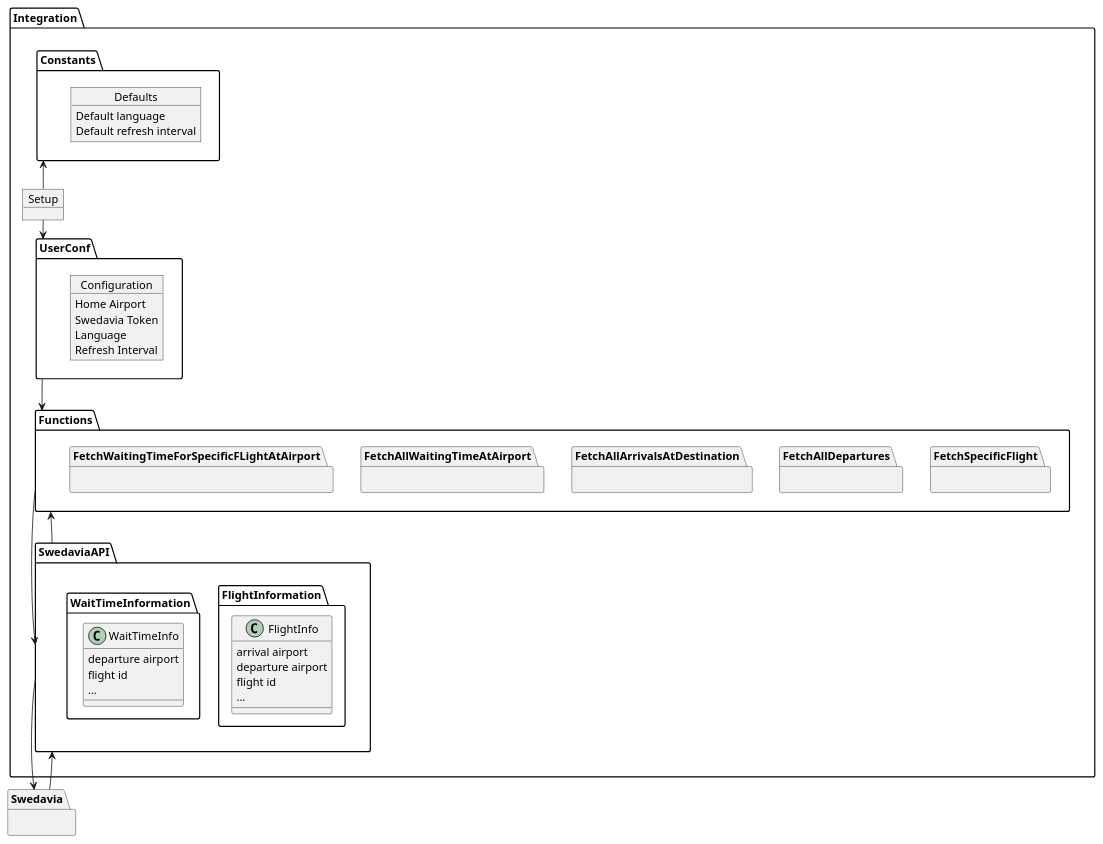
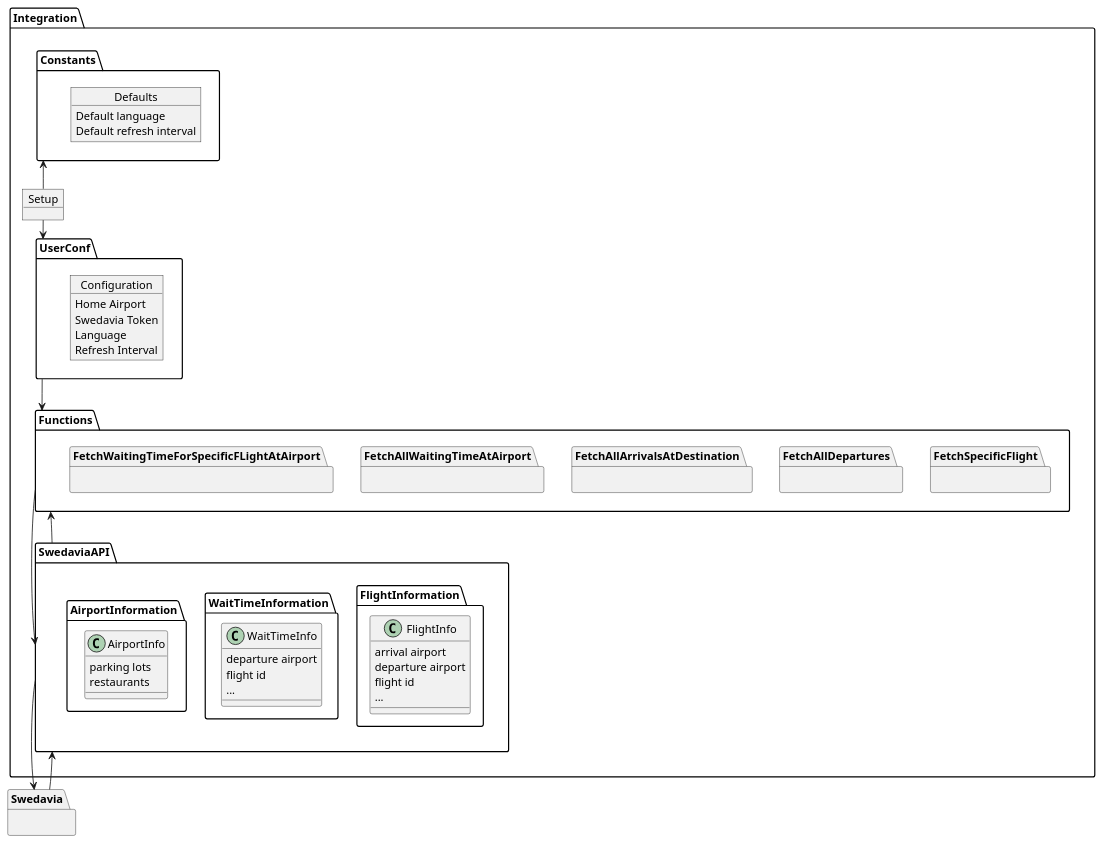
The diagram in system-architecture.plantuml (Smooth-Ruff/hass-core), drawn with PlantUML before and after one commit.

```diff
--- a/system-architecture.plantuml
+++ b/system-architecture.plantuml
@@ -1,74 +1,81 @@
 @startuml
 
 package Integration {
 
  object Setup{
 }
 
  package Functions as FUNCTIONS {
   package FetchSpecificFlight{}
   package FetchAllDepartures{}
   package FetchAllArrivalsAtDestination{}
  package FetchAllWaitingTimeAtAirport{}
  package FetchWaitingTimeForSpecificFLightAtAirport{}
   }
 
 
  package Constants as CONST {
    object Defaults {
      Default language
      Default refresh interval
    }
  }
 
 
  package UserConf as CONF{
    object Configuration{
      Home Airport
      Swedavia Token
      Language
      Refresh Interval
    }
  }
 
  package SwedaviaAPI as SWEDAPI{
 
    package FlightInformation {
     class FlightInfo {
        arrival airport
        departure airport
        flight id
        ...
     }
    }
  package WaitTimeInformation {
     class WaitTimeInfo {
        departure airport
        flight id
        ...
     }
    }
+  package AirportInformation {
+    class AirportInfo {
+      parking lots
+      restaurants
+      
+  }
+ }
 
  }
  
 
 
  
 
 }
 
 package Swedavia as SWED{
 }
 
 SWEDAPI--> SWED
 SWED--> SWEDAPI
 
 FUNCTIONS --> SWEDAPI
 FUNCTIONS <-- SWEDAPI
 
 CONF --> FUNCTIONS
 
 Setup --> CONF
 CONST <-- Setup
 
 @enduml
```
